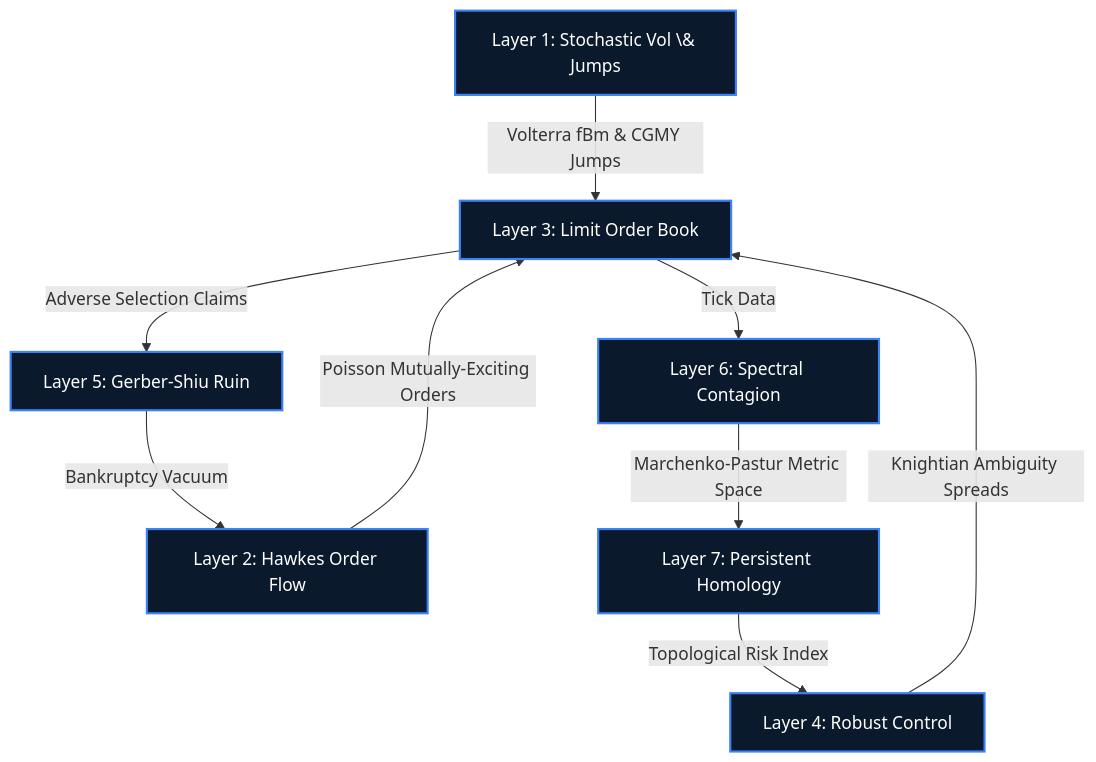
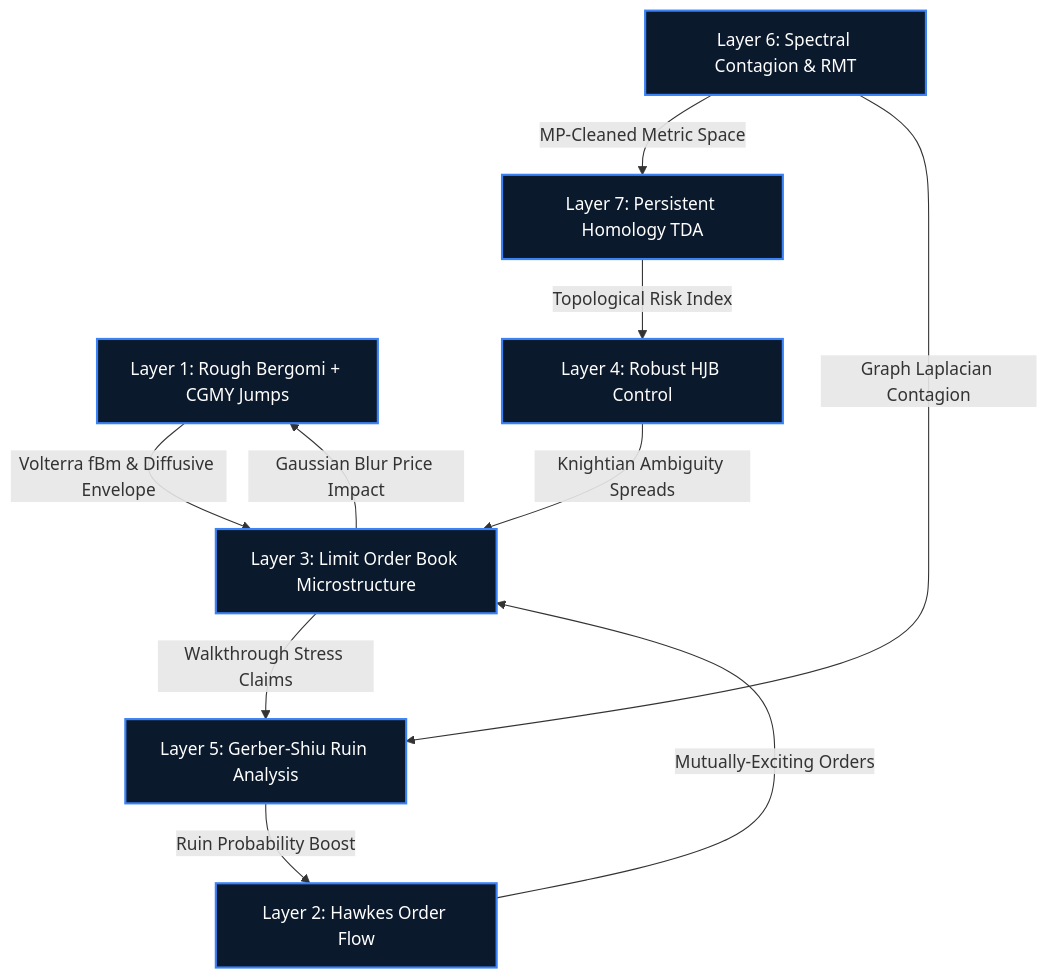
Before and after one commit to Keykyrios/SOVEREIGN: the diagram in README.md, drawn with Mermaid. The commit also changed other lines of this file and 27 other files, not shown here.

Commit message:
Improving the architecture & pipeline

````diff
--- a/README.md
+++ b/README.md
@@ -36,28 +35,23 @@
 ```mermaid
 graph TD
-    sublayer_1[Layer 1: Stochastic Vol \& Jumps]
-    sublayer_2[Layer 2: Hawkes Order Flow]
-    sublayer_3[Layer 3: Limit Order Book]
-    sublayer_4[Layer 4: Robust Control]
-    sublayer_5[Layer 5: Gerber-Shiu Ruin]
-    sublayer_6[Layer 6: Spectral Contagion]
-    sublayer_7[Layer 7: Persistent Homology]
+    L1[Layer 1: Rough Bergomi + CGMY Jumps]
+    L2[Layer 2: Hawkes Order Flow]
+    L3[Layer 3: Limit Order Book Microstructure]
+    L4[Layer 4: Robust HJB Control]
+    L5[Layer 5: Gerber-Shiu Ruin Analysis]
+    L6[Layer 6: Spectral Contagion & RMT]
+    L7[Layer 7: Persistent Homology TDA]
 
-    %% Dependencies
-    sublayer_1 -->|Volterra fBm & CGMY Jumps| sublayer_3
-    sublayer_2 -->|Poisson Mutually-Exciting Orders| sublayer_3
-    
-    sublayer_3 -->|Tick Data| sublayer_6
-    sublayer_3 -->|Adverse Selection Claims| sublayer_5
-    
-    sublayer_5 -->|Bankruptcy Vacuum| sublayer_2
-    
-    sublayer_6 -->|Marchenko-Pastur Metric Space| sublayer_7
-    
-    sublayer_7 -->|Topological Risk Index| sublayer_4
-    
-    sublayer_4 -->|Knightian Ambiguity Spreads| sublayer_3
-    
+    L1 -->|Volterra fBm & Diffusive Envelope| L3
+    L2 -->|Mutually-Exciting Orders| L3
+    L3 -->|Walkthrough Stress Claims| L5
+    L3 -->|Gaussian Blur Price Impact| L1
+    L5 -->|Ruin Probability Boost| L2
+    L6 -->|MP-Cleaned Metric Space| L7
+    L7 -->|Topological Risk Index| L4
+    L4 -->|Knightian Ambiguity Spreads| L3
+    L6 -->|Graph Laplacian Contagion| L5
+
     classDef core fill:#0b192c,stroke:#3b82f6,stroke-width:2px,color:#fff;
-    class sublayer_1,sublayer_2,sublayer_3,sublayer_4,sublayer_5,sublayer_6,sublayer_7 core;
+    class L1,L2,L3,L4,L5,L6,L7 core;
 ```
````
